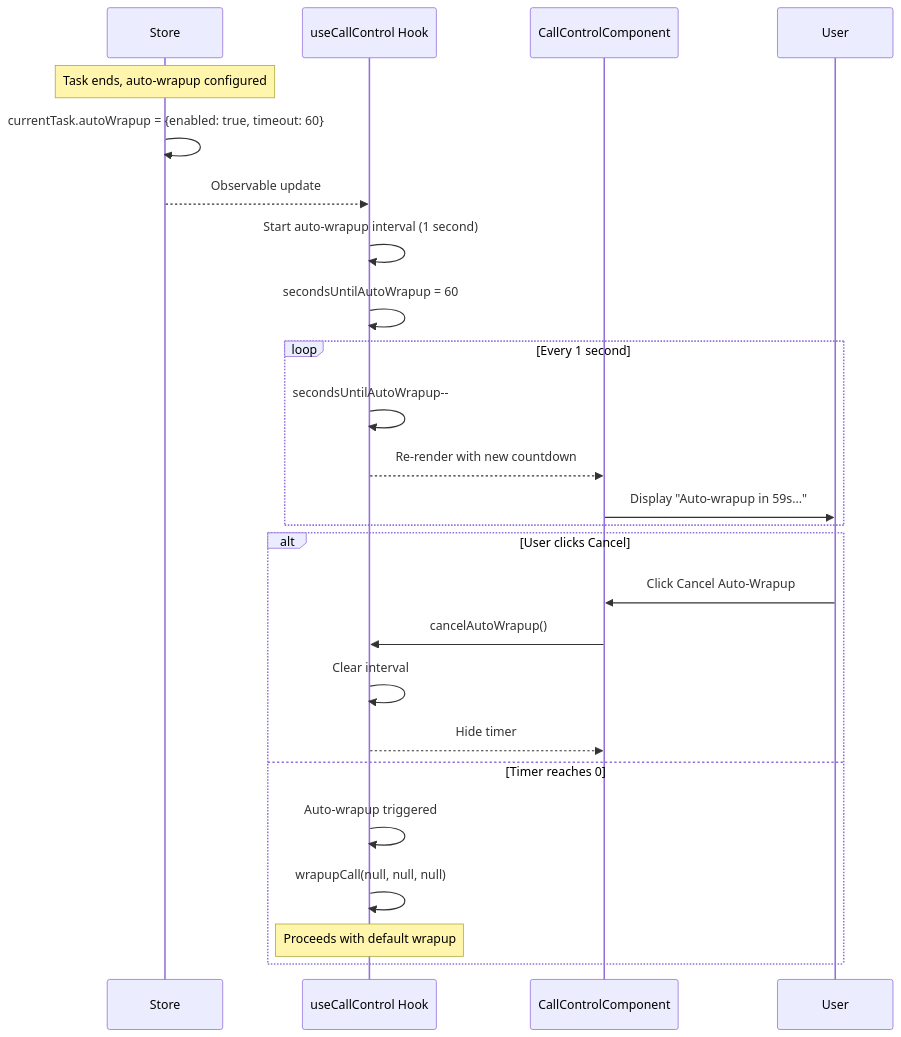
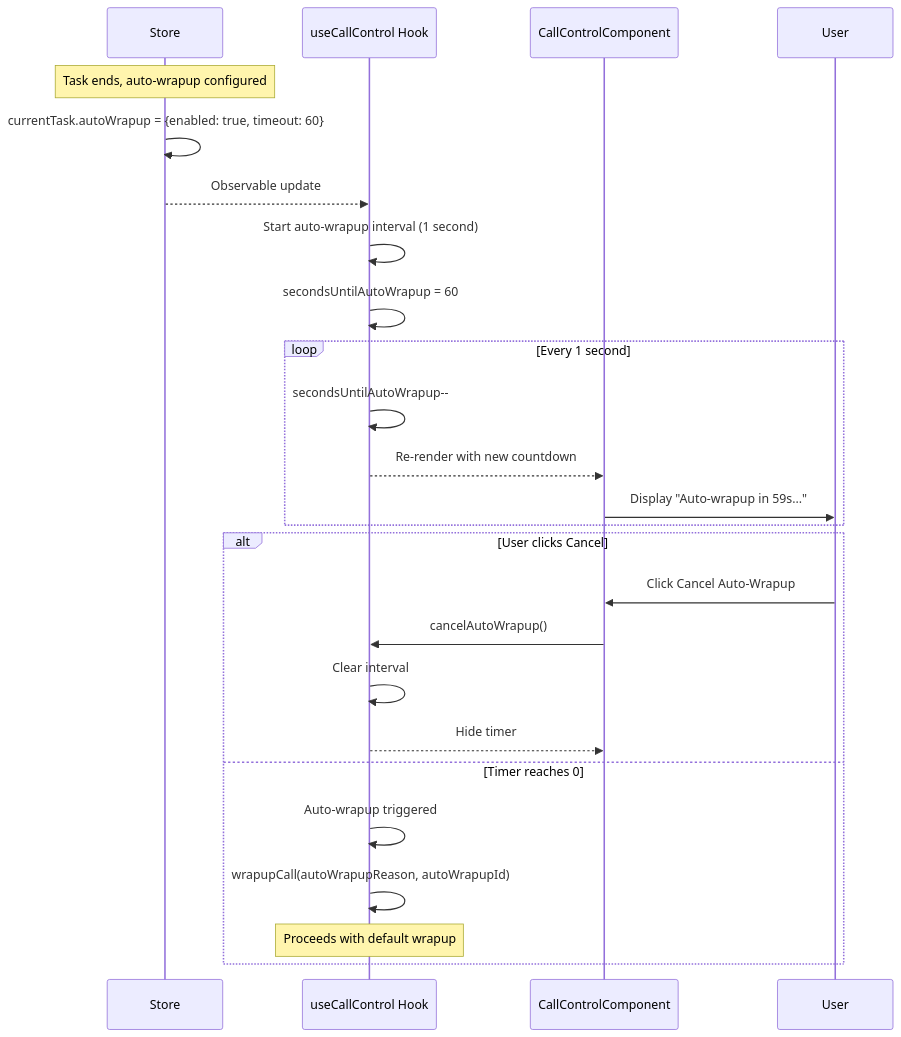
One commit to webex/widgets changed the seventh of 7 diagrams in packages/contact-center/task/ai-docs/widgets/CallControl/ARCHITECTURE.md. Above: the diagram before and after it, drawn with Mermaid. The commit also changed other lines of this file and 6 other files, not shown here.

````diff
--- a/packages/contact-center/task/ai-docs/widgets/CallControl/ARCHITECTURE.md
+++ b/packages/contact-center/task/ai-docs/widgets/CallControl/ARCHITECTURE.md
@@ -256,31 +262,31 @@
 ```mermaid
 sequenceDiagram
     participant S as Store
     participant H as useCallControl Hook
     participant C as CallControlComponent
     participant U as User
-    
+
     Note over S: Task ends, auto-wrapup configured
-    
+
     S->>S: currentTask.autoWrapup = {enabled: true, timeout: 60}
     S-->>H: Observable update
     H->>H: Start auto-wrapup interval (1 second)
     H->>H: secondsUntilAutoWrapup = 60
-    
+
     loop Every 1 second
         H->>H: secondsUntilAutoWrapup--
         H-->>C: Re-render with new countdown
         C->>U: Display "Auto-wrapup in 59s..."
     end
-    
+
     alt User clicks Cancel
         U->>C: Click Cancel Auto-Wrapup
         C->>H: cancelAutoWrapup()
         H->>H: Clear interval
         H-->>C: Hide timer
     else Timer reaches 0
         H->>H: Auto-wrapup triggered
-        H->>H: wrapupCall(null, null, null)
+        H->>H: wrapupCall(autoWrapupReason, autoWrapupId)
         Note over H: Proceeds with default wrapup
     end
 ```
````
